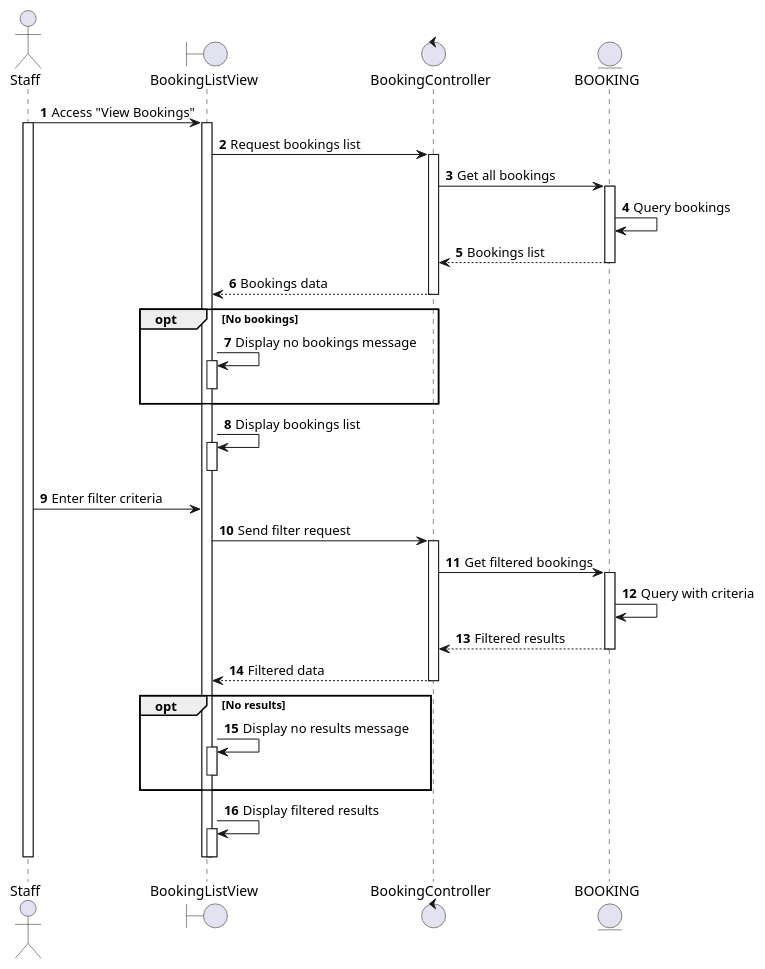
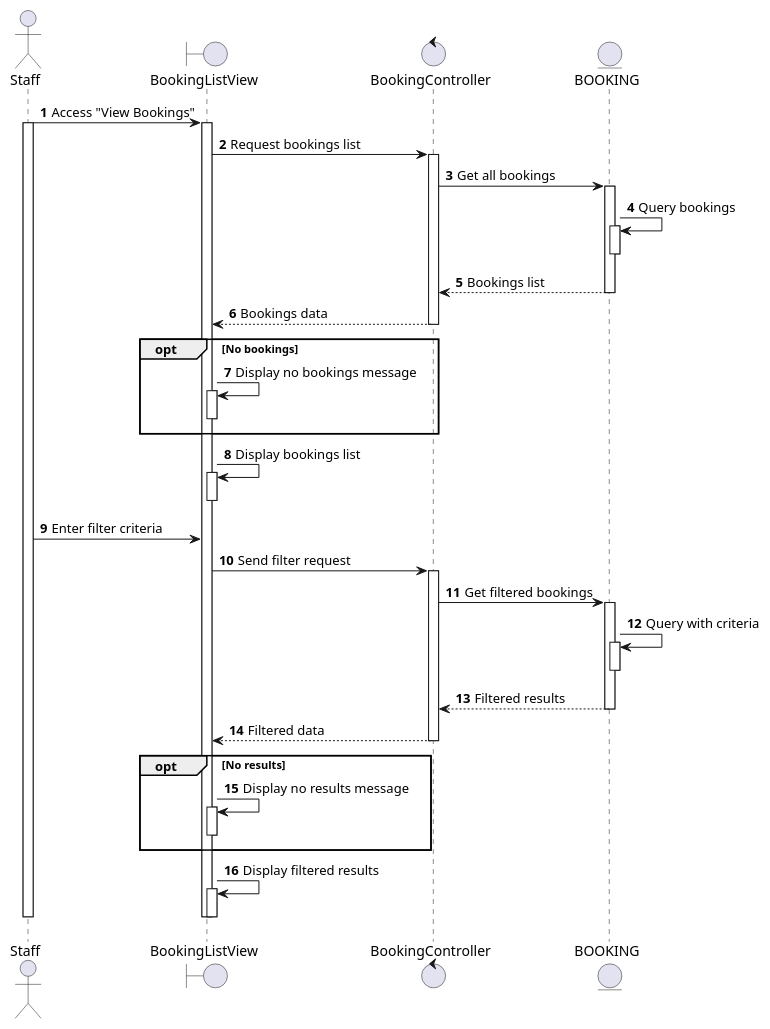
Before and after one commit to se113-wm/se113-wm.github.io: the diagram in docs/docs/sequence/adjust-and-track-bookings/view-and-filter-bookings.md, drawn with PlantUML. The commit also changed 37 other files, not shown here.

First line of the commit message:
Refactor sequence diagrams for booking and trip management

````diff
--- a/docs/docs/sequence/adjust-and-track-bookings/view-and-filter-bookings.md
+++ b/docs/docs/sequence/adjust-and-track-bookings/view-and-filter-bookings.md
@@ -3,58 +3,64 @@
 ```plantuml
 @startuml
 autonumber
 
 actor Staff as S
 boundary BookingListView as BLV
 control BookingController as BC
 entity BOOKING as B
 
 S -> BLV: Access "View Bookings"
 activate S
 activate BLV
 BLV -> BC: Request bookings list
 activate BC
 BC -> B: Get all bookings
 activate B
 B -> B: Query bookings
+activate B
+deactivate B
+
 BC <-- B: Bookings list
 deactivate B
 BLV <-- BC: Bookings data
 deactivate BC
 
 opt No bookings
   BLV -> BLV: Display no bookings message
   activate BLV
   deactivate BLV
 end
 
 BLV -> BLV: Display bookings list
 activate BLV
 deactivate BLV
 
 S -> BLV: Enter filter criteria
 BLV -> BC: Send filter request
 activate BC
 BC -> B: Get filtered bookings
 activate B
 B -> B: Query with criteria
+activate B
+deactivate B
+
 BC <-- B: Filtered results
 deactivate B
 BLV <-- BC: Filtered data
 deactivate BC
 
 opt No results
   BLV -> BLV: Display no results message
   activate BLV
   deactivate BLV
 end
 
 BLV -> BLV: Display filtered results
 activate BLV
 deactivate BLV
 
 deactivate BLV
 deactivate S
 
 @enduml
 ```
````
